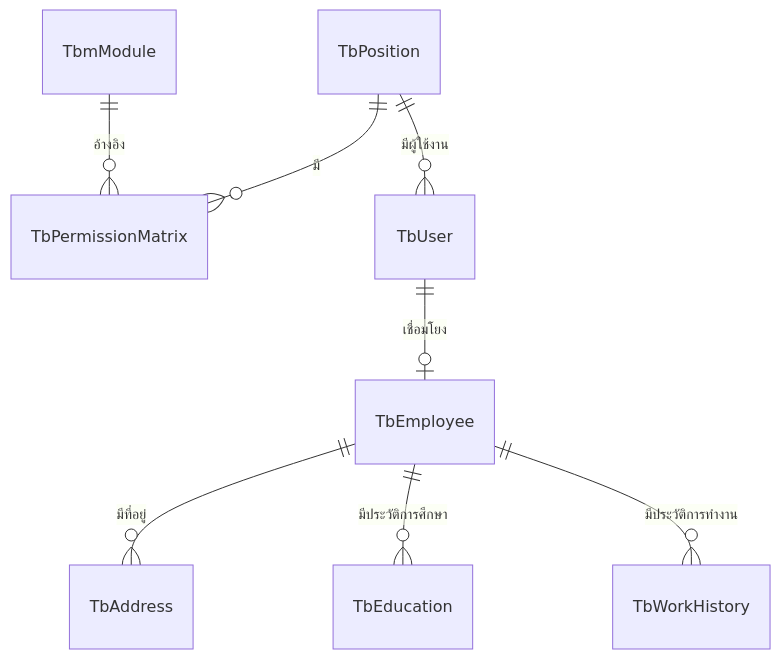
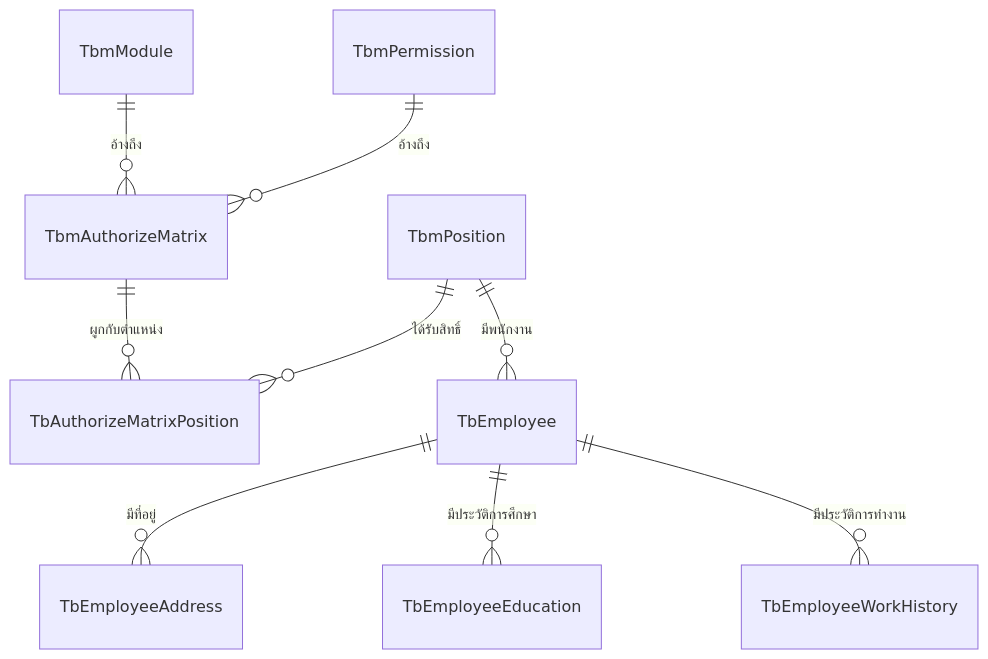
Diagram 15 of 20 in doc/report/05-chapter-3-design.md (TurkPhakim/RBMS-POS-Website), drawn with Mermaid before and after one commit. The commit also changed other lines of this file and 18 other files, not shown here.

````diff
--- a/doc/report/05-chapter-3-design.md
+++ b/doc/report/05-chapter-3-design.md
@@ -660,10 +719,11 @@
 ```mermaid
 erDiagram
-    TbPosition ||--o{ TbPermissionMatrix : "มี"
-    TbPosition ||--o{ TbUser : "มีผู้ใช้งาน"
-    TbUser ||--o| TbEmployee : "เชื่อมโยง"
-    TbmModule ||--o{ TbPermissionMatrix : "อ้างอิง"
-    TbEmployee ||--o{ TbAddress : "มีที่อยู่"
-    TbEmployee ||--o{ TbEducation : "มีประวัติการศึกษา"
-    TbEmployee ||--o{ TbWorkHistory : "มีประวัติการทำงาน"
+    TbmModule ||--o{ TbmAuthorizeMatrix : "อ้างถึง"
+    TbmPermission ||--o{ TbmAuthorizeMatrix : "อ้างถึง"
+    TbmAuthorizeMatrix ||--o{ TbAuthorizeMatrixPosition : "ผูกกับตำแหน่ง"
+    TbmPosition ||--o{ TbAuthorizeMatrixPosition : "ได้รับสิทธิ์"
+    TbmPosition ||--o{ TbEmployee : "มีพนักงาน"
+    TbEmployee ||--o{ TbEmployeeAddress : "มีที่อยู่"
+    TbEmployee ||--o{ TbEmployeeEducation : "มีประวัติการศึกษา"
+    TbEmployee ||--o{ TbEmployeeWorkHistory : "มีประวัติการทำงาน"
 ```
````
